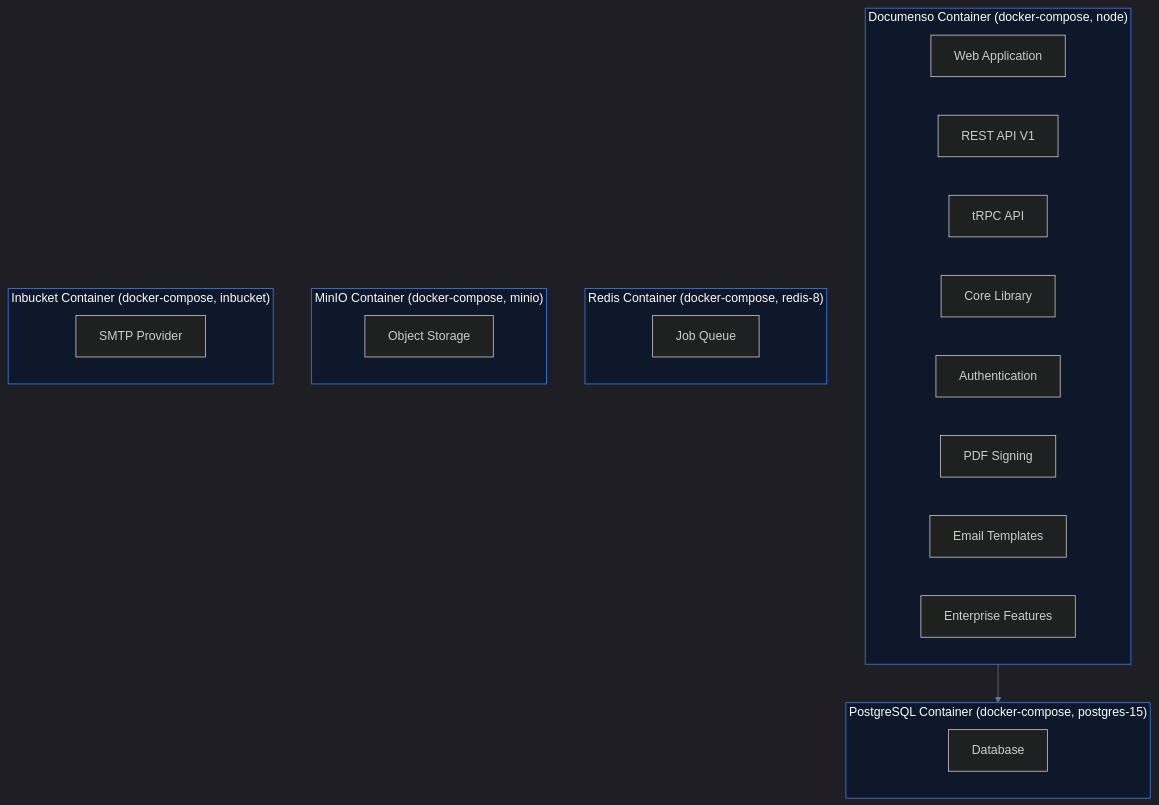
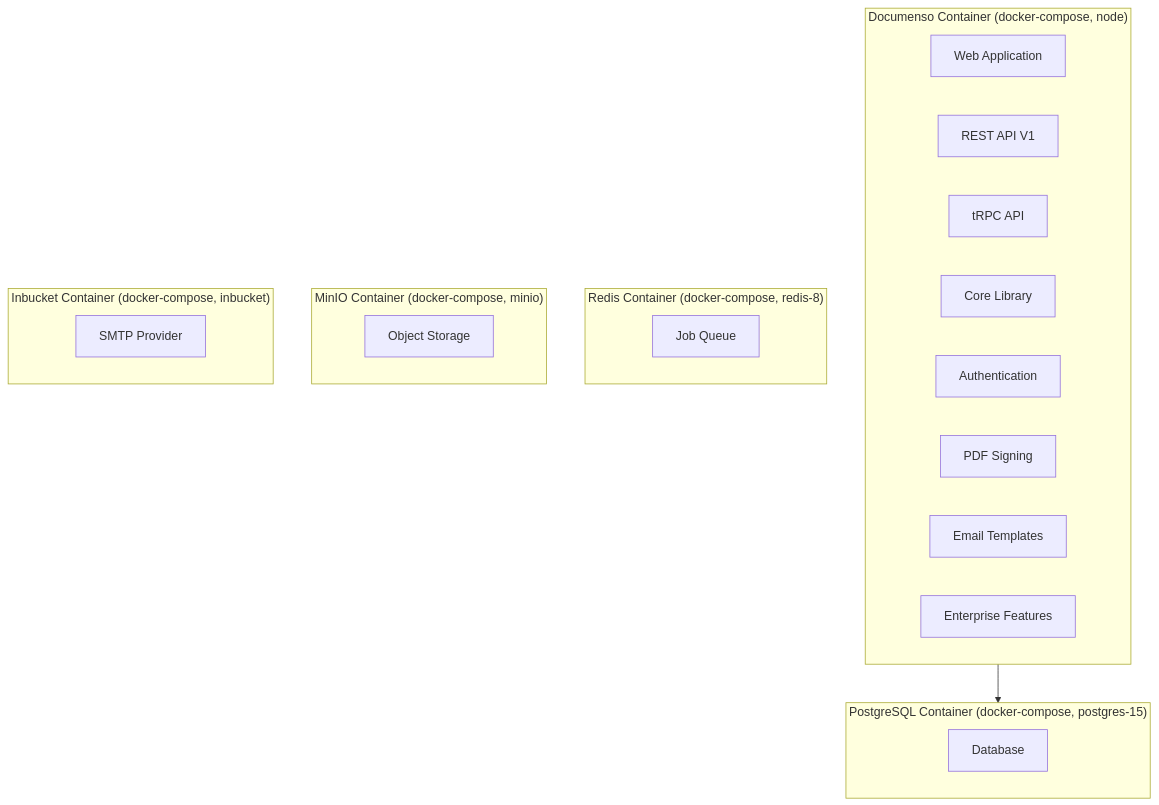
Before and after one commit to deepcodersinc/documenso: the second of 2 diagrams in unkode_map.md, drawn with Mermaid. The commit also changed other lines of this file and 1 other file, not shown here.

````diff
--- a/unkode_map.md
+++ b/unkode_map.md
@@ -313,30 +264,28 @@
 ```mermaid
-%%{init: {'theme':'dark', 'themeVariables': {'background':'#0d1117', 'primaryColor':'#1e293b', 'primaryTextColor':'#e2e8f0', 'lineColor':'#64748b', 'clusterBkg':'#0f172a', 'clusterBorder':'#3b82f6'}}}%%
+%%{init: {'theme':'default'}}%%
 graph TB
     subgraph Documenso_Container["Documenso Container (docker-compose, node)"]
         Documenso_Container_Web_Application["Web Application"]
         Documenso_Container_REST_API_V1["REST API V1"]
         Documenso_Container_tRPC_API["tRPC API"]
         Documenso_Container_Core_Library["Core Library"]
         Documenso_Container_Authentication["Authentication"]
         Documenso_Container_PDF_Signing["PDF Signing"]
         Documenso_Container_Email_Templates["Email Templates"]
         Documenso_Container_Enterprise_Features["Enterprise Features"]
     end
     subgraph PostgreSQL_Container["PostgreSQL Container (docker-compose, postgres-15)"]
         PostgreSQL_Container_Database["Database"]
     end
     subgraph Redis_Container["Redis Container (docker-compose, redis-8)"]
         Redis_Container_Job_Queue["Job Queue"]
     end
     subgraph MinIO_Container["MinIO Container (docker-compose, minio)"]
         MinIO_Container_Object_Storage["Object Storage"]
     end
     subgraph Inbucket_Container["Inbucket Container (docker-compose, inbucket)"]
         Inbucket_Container_SMTP_Provider["SMTP Provider"]
     end
 
     Documenso_Container --> PostgreSQL_Container
-
-    classDef infra fill:#0d1f17,stroke:#10b981,stroke-width:1px,color:#6ee7b7
 ```
````
